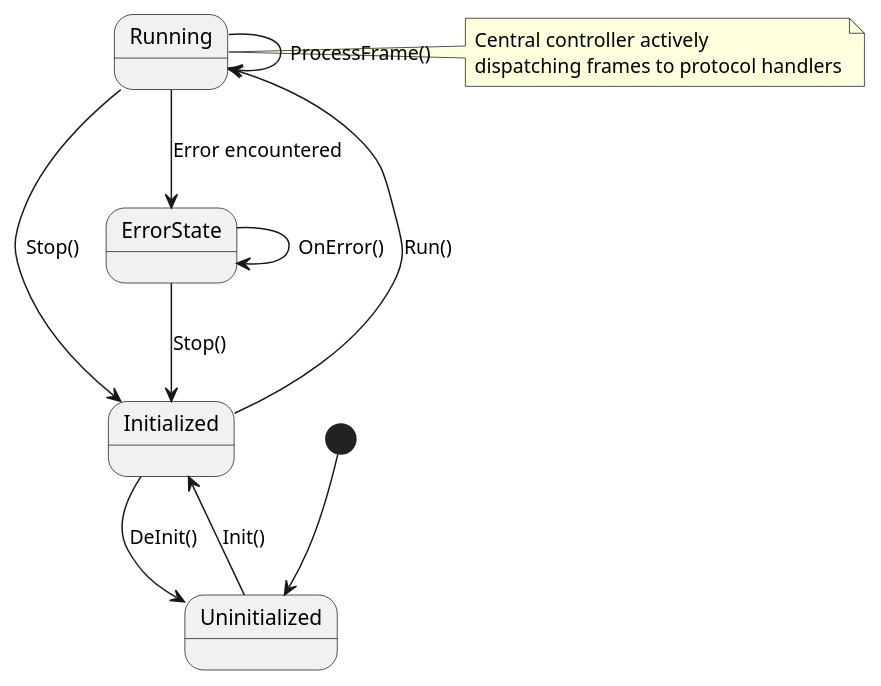
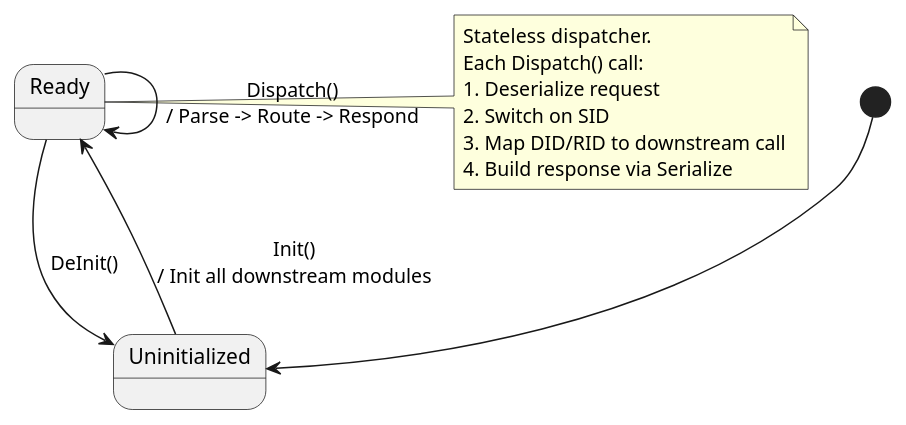
Before and after one commit to LinhTrucVo/Bico_Protocol_Bridge: the diagram in 3_swComp/layer3Application/centralAppController/2_design/centralAppControllerStateMachine.puml, drawn with PlantUML. The commit also changed 87 other files, not shown here.

```diff
--- a/3_swComp/layer3Application/centralAppController/2_design/centralAppControllerStateMachine.puml
+++ b/3_swComp/layer3Application/centralAppController/2_design/centralAppControllerStateMachine.puml
@@ -1,27 +1,20 @@
 @startuml centralAppControllerStateMachine
 state Uninitialized
-state Initialized
-state Running
-state ErrorState
+state Ready
 
 [*] --> Uninitialized
 
-Uninitialized --> Initialized : Init()
+Uninitialized --> Ready : Init()\n/ Init all downstream modules
 
-Initialized --> Running : Run()
+Ready --> Ready : Dispatch()\n/ Parse -> Route -> Respond
+Ready --> Uninitialized : DeInit()
 
-Running --> Running : ProcessFrame()
-
-Running --> ErrorState : Error encountered
-ErrorState --> ErrorState : OnError()
-
-Running --> Initialized : Stop()
-ErrorState --> Initialized : Stop()
-
-Initialized --> Uninitialized : DeInit()
-
-note right of Running
-  Central controller actively
-  dispatching frames to protocol handlers
+note right of Ready
+  Stateless dispatcher.
+  Each Dispatch() call:
+  1. Deserialize request
+  2. Switch on SID
+  3. Map DID/RID to downstream call
+  4. Build response via Serialize
 end note
 @enduml
```
